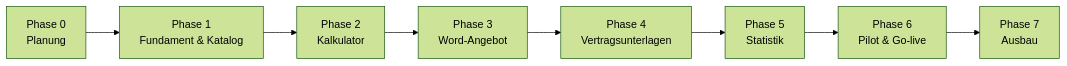
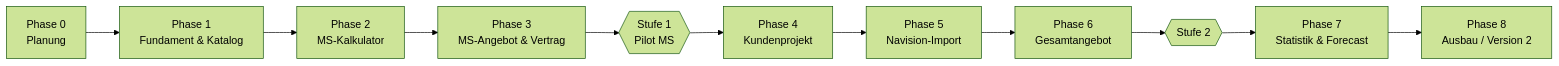
The diagram in docs/05_roadmap.md (darntjen/kalkulator_web), drawn with Mermaid (forest theme) before and after one commit. The commit also changed other lines of this file and 6 other files, not shown here.

````diff
--- a/docs/05_roadmap.md
+++ b/docs/05_roadmap.md
@@ -8,10 +11,13 @@
 ```mermaid
 flowchart LR
     P0[Phase 0<br/>Planung] --> P1[Phase 1<br/>Fundament & Katalog]
-    P1 --> P2[Phase 2<br/>Kalkulator]
-    P2 --> P3[Phase 3<br/>Word-Angebot]
-    P3 --> P4[Phase 4<br/>Vertragsunterlagen]
-    P4 --> P5[Phase 5<br/>Statistik]
-    P5 --> P6[Phase 6<br/>Pilot & Go-live]
-    P6 --> P7[Phase 7<br/>Ausbau]
+    P1 --> P2[Phase 2<br/>MS-Kalkulator]
+    P2 --> P3[Phase 3<br/>MS-Angebot & Vertrag]
+    P3 --> S1{{Stufe 1<br/>Pilot MS}}
+    S1 --> P4[Phase 4<br/>Kundenprojekt]
+    P4 --> P5[Phase 5<br/>Navision-Import]
+    P5 --> P6[Phase 6<br/>Gesamtangebot]
+    P6 --> S2{{Stufe 2}}
+    S2 --> P7[Phase 7<br/>Statistik & Forecast]
+    P7 --> P8[Phase 8<br/>Ausbau / Version 2]
 ```
````
